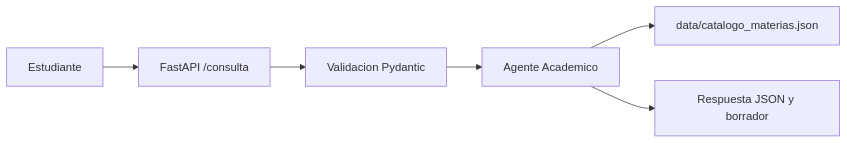
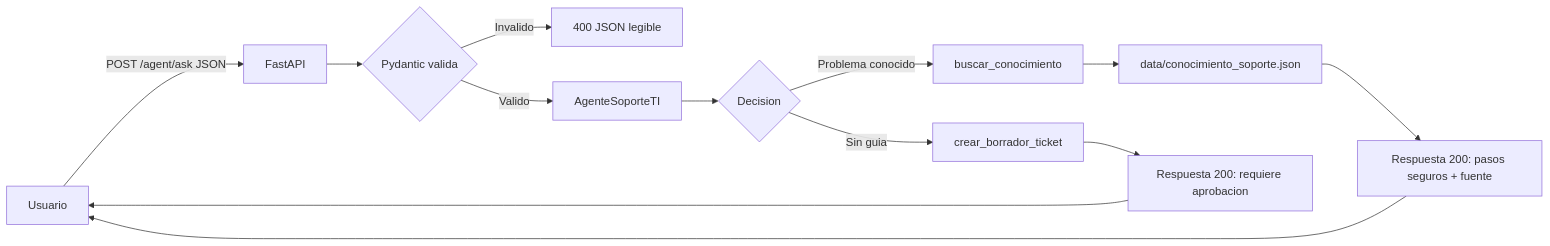
The diagram in docs/arquitectura.md (Edinson2499/SoporteTI-Agent), drawn with Mermaid before and after one commit. The commit also changed other lines of this file and 12 other files, not shown here.

Commit message:
feat: convertir agente a soporte TI

````diff
--- a/docs/arquitectura.md
+++ b/docs/arquitectura.md
@@ -3,8 +17,15 @@
 ```mermaid
 flowchart LR
-    U[Estudiante] --> A[FastAPI /consulta]
-    A --> V[Validacion Pydantic]
-    V --> G[Agente Academico]
-    G --> C[data/catalogo_materias.json]
-    G --> R[Respuesta JSON y borrador]
+    U[Usuario] -->|POST /agent/ask JSON| API[FastAPI]
+    API --> V{Pydantic valida}
+    V -->|Invalido| E[400 JSON legible]
+    V -->|Valido| A[AgenteSoporteTI]
+    A --> D{Decision}
+    D -->|Problema conocido| K[buscar_conocimiento]
+    K --> KB[data/conocimiento_soporte.json]
+    KB --> R[Respuesta 200: pasos seguros + fuente]
+    D -->|Sin guia| T[crear_borrador_ticket]
+    T --> H[Respuesta 200: requiere aprobacion]
+    R --> U
+    H --> U
 ```
````
